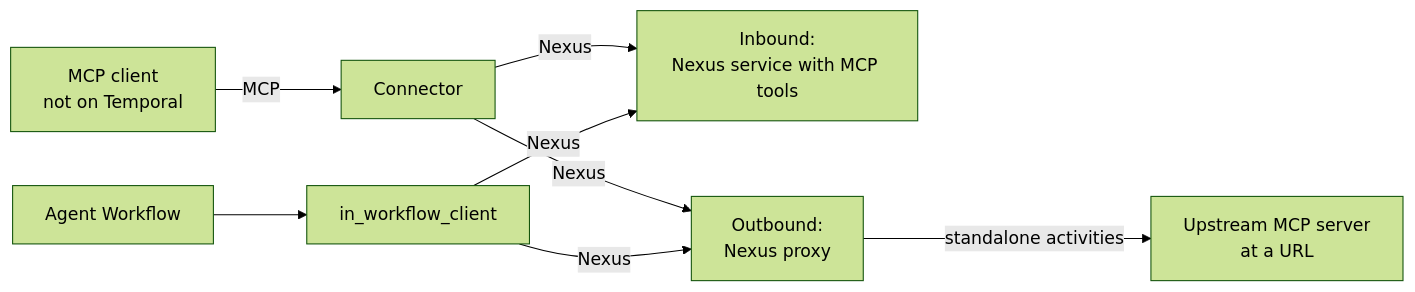
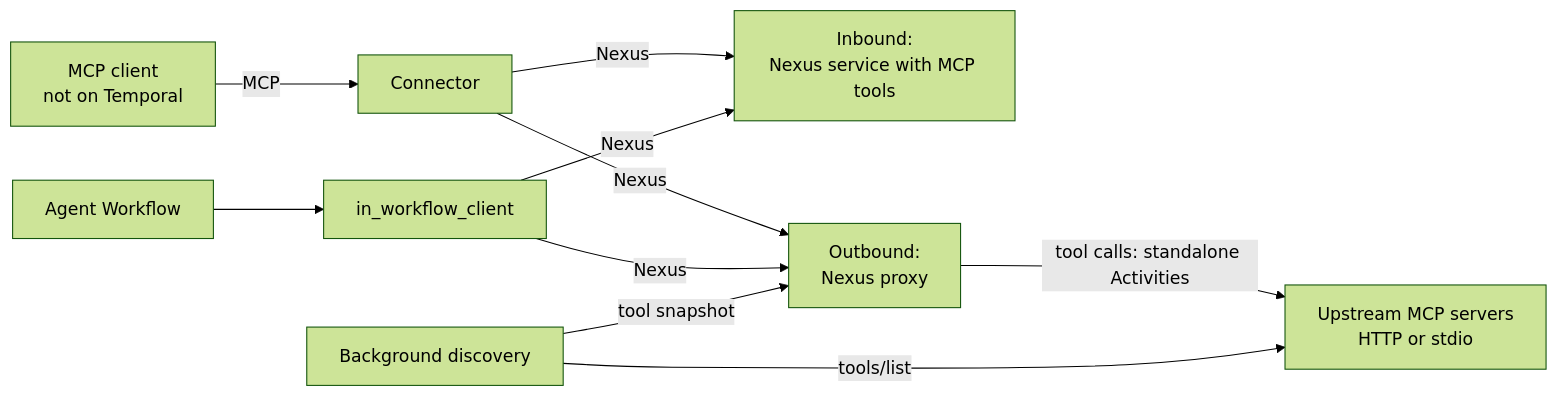
Before and after one commit to long-nt-tran/durable-mcp-connector: the diagram in README.md, drawn with Mermaid (forest theme). The commit also changed other lines of this file and 102 other files, not shown here.

````diff
--- a/README.md
+++ b/README.md
@@ -12,10 +12,12 @@
 ```mermaid
 flowchart LR
   C["MCP client<br>not on Temporal"] -->|"MCP"| K["Connector"]
   W["Agent Workflow"] --> A["in_workflow_client"]
   K -->|"Nexus"| S["Inbound:<br>Nexus service with MCP tools"]
   A -->|"Nexus"| S
   K -->|"Nexus"| P["Outbound:<br>Nexus proxy"]
   A -->|"Nexus"| P
-  P -->|"standalone activities"| U["Upstream MCP server<br>at a URL"]
+  P -->|"tool calls: standalone Activities"| U["Upstream MCP servers<br>HTTP or stdio"]
+  D["Background discovery"] -->|"tools/list"| U
+  D -->|"tool snapshot"| P
 ```
````
